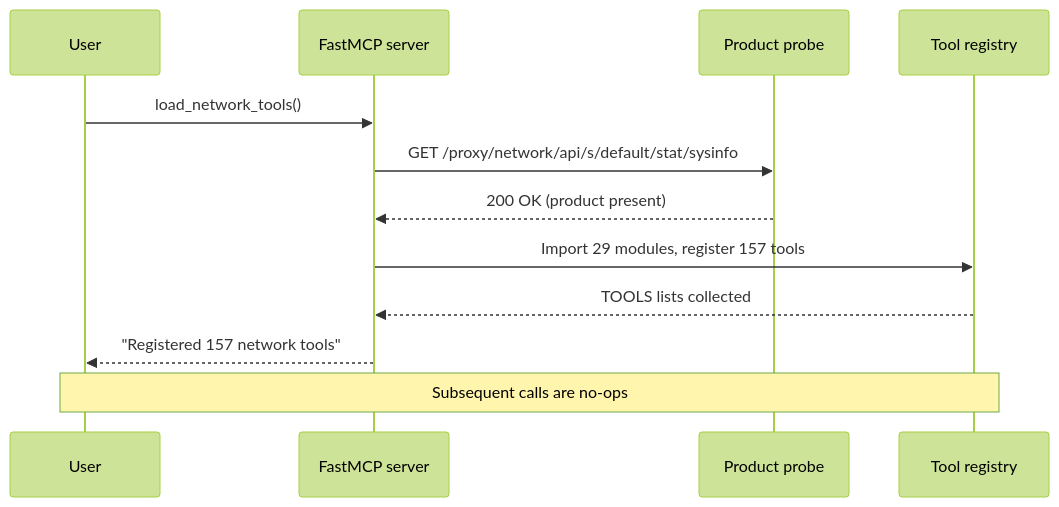
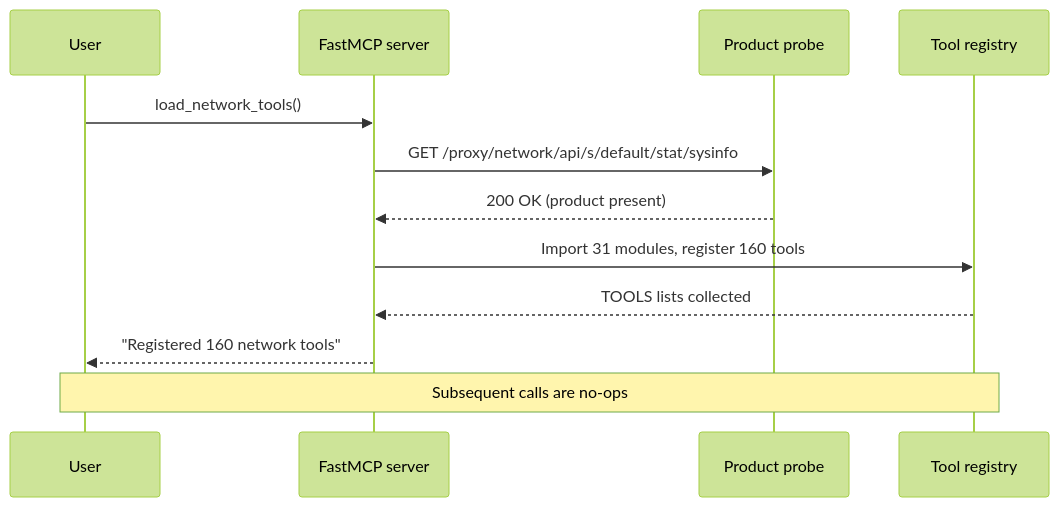
Before and after one commit to chris2ao/unifi-mcp: the second of 3 diagrams in README.md, drawn with Mermaid (forest theme). The commit also changed other lines of this file and 23 other files, not shown here.

````diff
--- a/README.md
+++ b/README.md
@@ -322,14 +322,14 @@
 ```mermaid
 sequenceDiagram
     participant User
     participant MCP as FastMCP server
     participant Probe as Product probe
     participant Tools as Tool registry
     User->>MCP: load_network_tools()
     MCP->>Probe: GET /proxy/network/api/s/default/stat/sysinfo
     Probe-->>MCP: 200 OK (product present)
-    MCP->>Tools: Import 29 modules, register 157 tools
+    MCP->>Tools: Import 31 modules, register 160 tools
     Tools-->>MCP: TOOLS lists collected
-    MCP-->>User: "Registered 157 network tools"
+    MCP-->>User: "Registered 160 network tools"
     Note over User,Tools: Subsequent calls are no-ops
 ```
````
